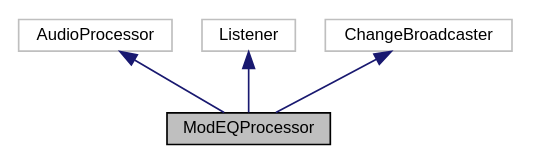
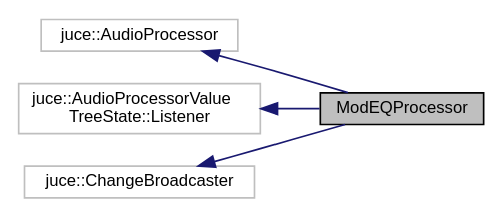
The diagram in classModEQProcessor__inherit__graph.dot (tobanteAudio/modEQ), drawn with Graphviz before and after one commit. The commit also changed 195 other files, not shown here.

```diff
--- a/classModEQProcessor__inherit__graph.dot
+++ b/classModEQProcessor__inherit__graph.dot
@@ -1,12 +1,13 @@
 digraph "ModEQProcessor"
 {
   edge [fontname="Helvetica",fontsize="10",labelfontname="Helvetica",labelfontsize="10"];
   node [fontname="Helvetica",fontsize="10",shape=record];
+  rankdir="LR";
   Node0 [label="ModEQProcessor",height=0.2,width=0.4,color="black", fillcolor="grey75", style="filled", fontcolor="black"];
   Node1 -> Node0 [dir="back",color="midnightblue",fontsize="10",style="solid",fontname="Helvetica"];
-  Node1 [label="AudioProcessor",height=0.2,width=0.4,color="grey75", fillcolor="white", style="filled"];
+  Node1 [label="juce::AudioProcessor",height=0.2,width=0.4,color="grey75", fillcolor="white", style="filled"];
   Node2 -> Node0 [dir="back",color="midnightblue",fontsize="10",style="solid",fontname="Helvetica"];
-  Node2 [label="Listener",height=0.2,width=0.4,color="grey75", fillcolor="white", style="filled"];
+  Node2 [label="juce::AudioProcessorValue\lTreeState::Listener",height=0.2,width=0.4,color="grey75", fillcolor="white", style="filled"];
   Node3 -> Node0 [dir="back",color="midnightblue",fontsize="10",style="solid",fontname="Helvetica"];
-  Node3 [label="ChangeBroadcaster",height=0.2,width=0.4,color="grey75", fillcolor="white", style="filled"];
+  Node3 [label="juce::ChangeBroadcaster",height=0.2,width=0.4,color="grey75", fillcolor="white", style="filled"];
 }
```
